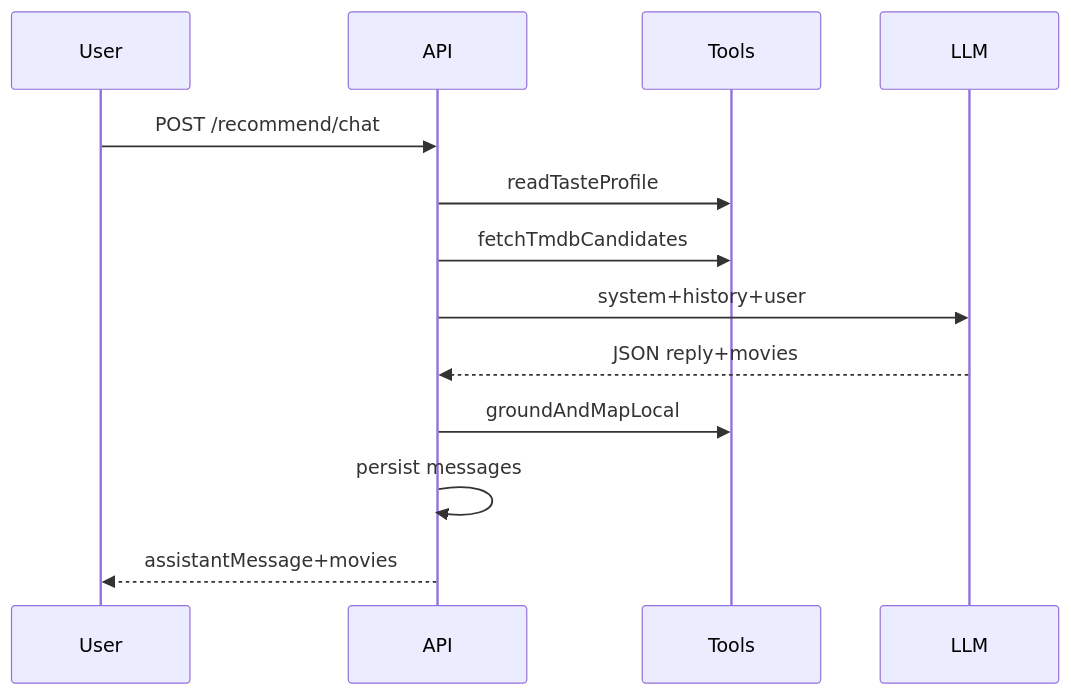
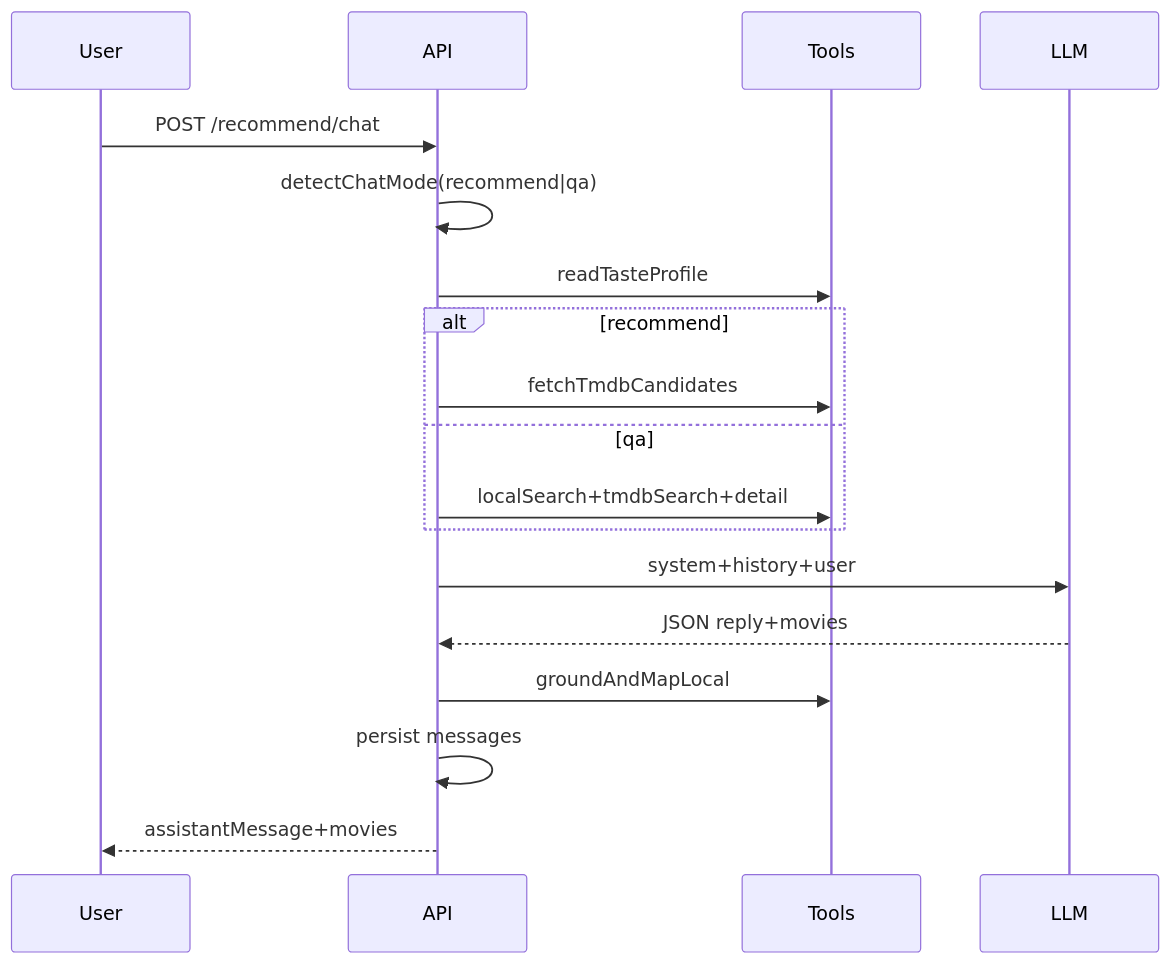
The diagram in docs/features/ai-recommendation.md (poison021212/MovieMate), drawn with Mermaid before and after one commit. The commit also changed other lines of this file and 3 other files, not shown here.

````diff
--- a/docs/features/ai-recommendation.md
+++ b/docs/features/ai-recommendation.md
@@ -58,15 +65,20 @@
 ```mermaid
 sequenceDiagram
   participant User
   participant API
   participant Tools
   participant LLM
   User->>API: POST /recommend/chat
+  API->>API: detectChatMode(recommend|qa)
   API->>Tools: readTasteProfile
-  API->>Tools: fetchTmdbCandidates
+  alt recommend
+    API->>Tools: fetchTmdbCandidates
+  else qa
+    API->>Tools: localSearch+tmdbSearch+detail
+  end
   API->>LLM: system+history+user
   LLM-->>API: JSON reply+movies
   API->>Tools: groundAndMapLocal
   API->>API: persist messages
   API-->>User: assistantMessage+movies
 ```
````
